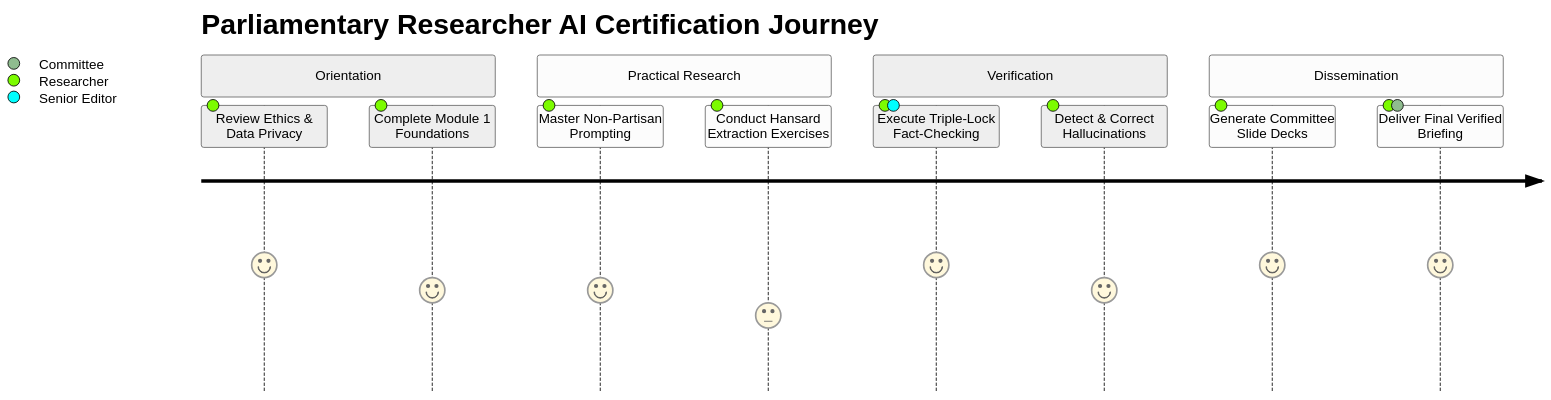
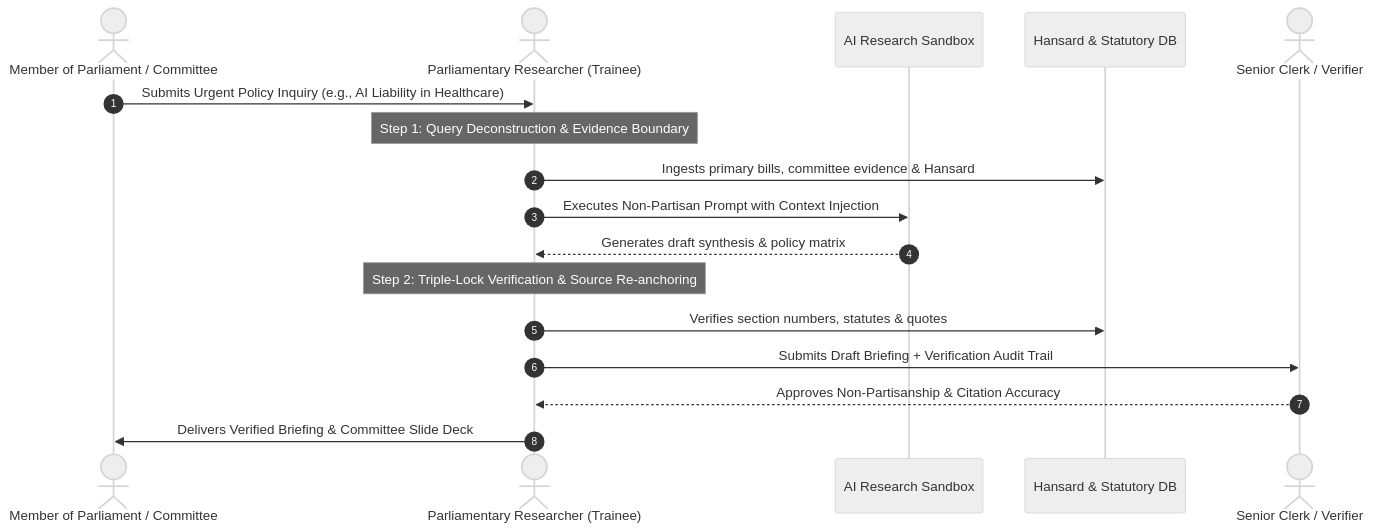
The second of 3 diagrams in README.md (kadefue/AI-Research-for-Parliamentary-Research), drawn with Mermaid (neutral theme) before and after one commit. The commit also changed other lines of this file, not shown here.

````diff
--- a/README.md
+++ b/README.md
@@ -152,16 +70,20 @@
 ```mermaid
-journey
-    title Parliamentary Researcher AI Certification Journey
-    section Orientation
-      Review Ethics & Data Privacy: 5: Researcher
-      Complete Module 1 Foundations: 4: Researcher
-    section Practical Research
-      Master Non-Partisan Prompting: 4: Researcher
-      Conduct Hansard Extraction Exercises: 3: Researcher
-    section Verification
-      Execute Triple-Lock Fact-Checking: 5: Researcher, Senior Editor
-      Detect & Correct Hallucinations: 4: Researcher
-    section Dissemination
-      Generate Committee Slide Decks: 5: Researcher
-      Deliver Final Verified Briefing: 5: Researcher, Committee
+sequenceDiagram
+    autonumber
+    actor MP as Member of Parliament / Committee
+    actor Researcher as Parliamentary Researcher (Trainee)
+    participant Sandbox as AI Research Sandbox
+    participant LegalDB as Hansard & Statutory DB
+    actor SeniorEditor as Senior Clerk / Verifier
+
+    MP->>Researcher: Submits Urgent Policy Inquiry (e.g., AI Liability in Healthcare)
+    Note over Researcher: Step 1: Query Deconstruction & Evidence Boundary
+    Researcher->>LegalDB: Ingests primary bills, committee evidence & Hansard
+    Researcher->>Sandbox: Executes Non-Partisan Prompt with Context Injection
+    Sandbox-->>Researcher: Generates draft synthesis & policy matrix
+    Note over Researcher: Step 2: Triple-Lock Verification & Source Re-anchoring
+    Researcher->>LegalDB: Verifies section numbers, statutes & quotes
+    Researcher->>SeniorEditor: Submits Draft Briefing + Verification Audit Trail
+    SeniorEditor-->>Researcher: Approves Non-Partisanship & Citation Accuracy
+    Researcher->>MP: Delivers Verified Briefing & Committee Slide Deck
 ```
````
